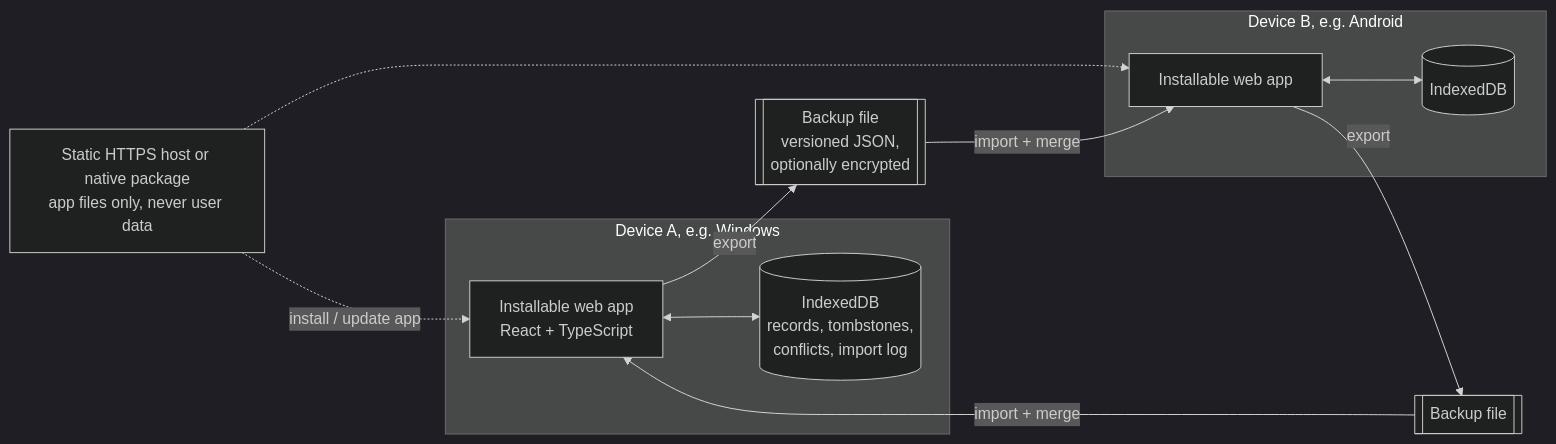
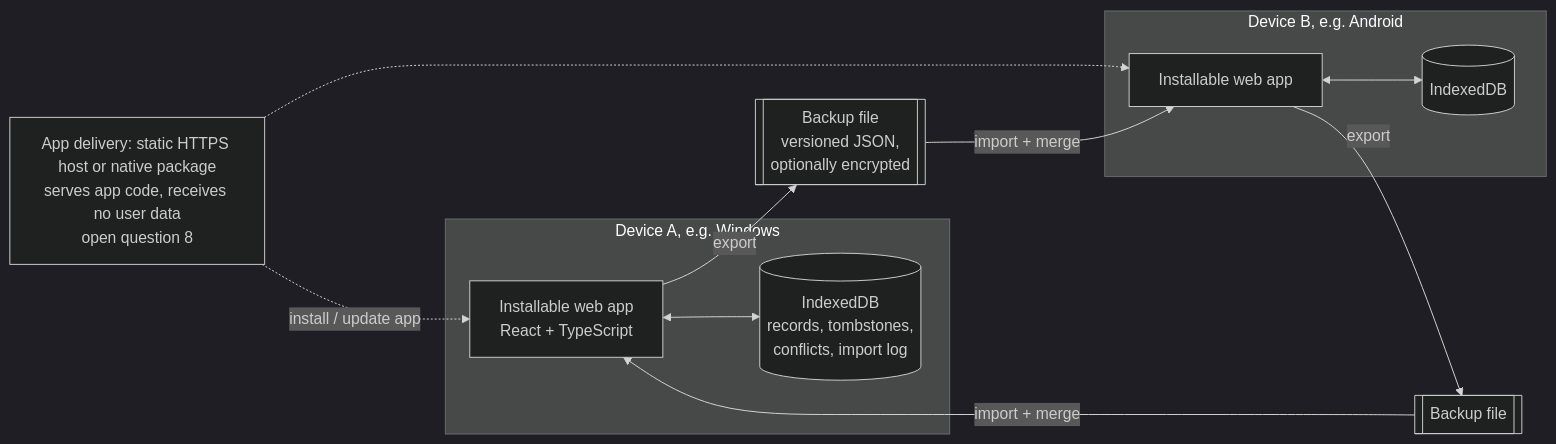
The first of 2 diagrams in docs/ARCHITECTURE.md (moeintorabi90/personal-productivity-system), drawn with Mermaid (dark theme) before and after one commit. The commit also changed other lines of this file and 8 other files, not shown here.

````diff
--- a/docs/ARCHITECTURE.md
+++ b/docs/ARCHITECTURE.md
@@ -9,19 +9,19 @@
 ```mermaid
 flowchart LR
   subgraph DeviceA[Device A, e.g. Windows]
     WebA[Installable web app<br/>React + TypeScript]
     LocalA[(IndexedDB<br/>records, tombstones,<br/>conflicts, import log)]
     WebA <--> LocalA
   end
   subgraph DeviceB[Device B, e.g. Android]
     WebB[Installable web app]
     LocalB[(IndexedDB)]
     WebB <--> LocalB
   end
   WebA -->|export| File[[Backup file<br/>versioned JSON,<br/>optionally encrypted]]
   File -->|import + merge| WebB
   WebB -->|export| File2[[Backup file]]
   File2 -->|import + merge| WebA
-  Host[Static HTTPS host or native package<br/>app files only, never user data] -.->|install / update app| WebA
+  Host[App delivery: static HTTPS host or native package<br/>serves app code, receives no user data<br/>open question 8] -.->|install / update app| WebA
   Host -.-> WebB
 ```
````
